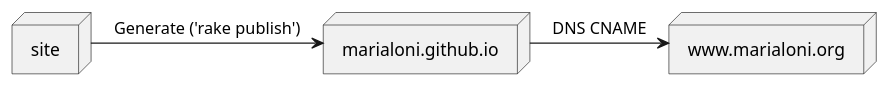
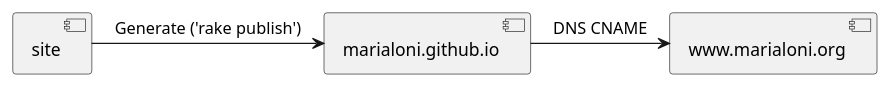
Before and after one commit to rednaw/site: the diagram in marialoni.iuml, drawn with PlantUML.

Commit message:
Site updated

```diff
--- a/marialoni.iuml
+++ b/marialoni.iuml
@@ -1,8 +1,8 @@
 @startuml
-node site
-node marialoni.github.io
-node www.marialoni.org
+component site
+component marialoni.github.io
+component www.marialoni.org
 
 site -> marialoni.github.io : Generate ('rake publish')
 marialoni.github.io -> www.marialoni.org : DNS CNAME
 @enduml
```
